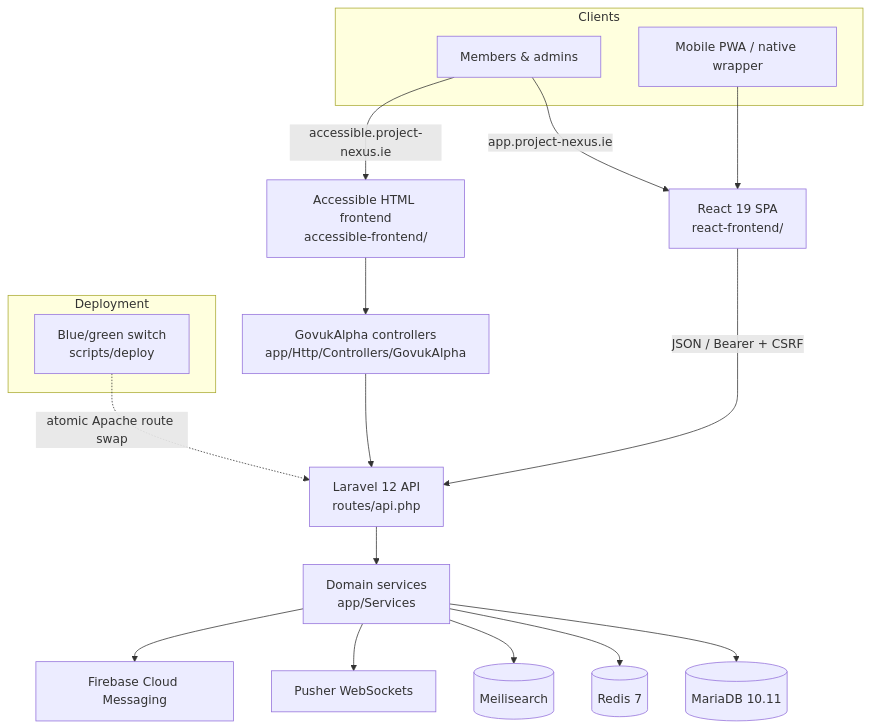
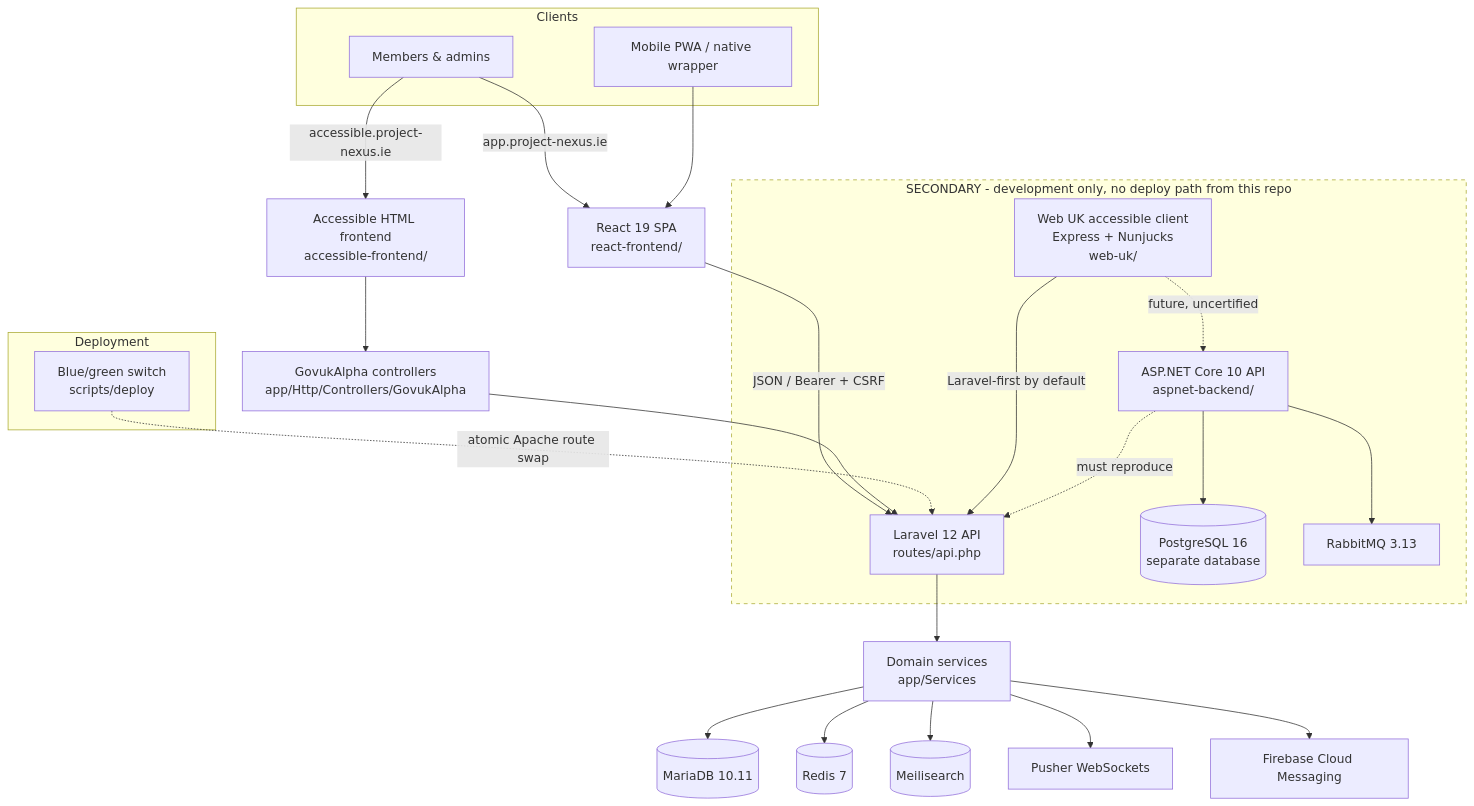
One commit to jasperfordesq-ai/Project-NEXUS changed the diagram in docs/ARCHITECTURE.md. Above: the diagram before and after it, drawn with Mermaid. The commit also changed other lines of this file and 2 other files, not shown here.

First paragraph of the commit message:
docs: describe the full two-backend, three-client stack in root documentation
README described the repository as a single Laravel backend with two
frontends. It is two complete backends and three clients, and the primary
/ secondary split was not stated anywhere a reader would find it.

````diff
--- a/docs/ARCHITECTURE.md
+++ b/docs/ARCHITECTURE.md
@@ -12,26 +14,39 @@
 ```mermaid
 flowchart TD
     subgraph Clients
         U[Members & admins]
         M[Mobile PWA / native wrapper]
     end
     U -->|app.project-nexus.ie| RC[React 19 SPA<br/>react-frontend/]
     U -->|accessible.project-nexus.ie| AC[Accessible HTML frontend<br/>accessible-frontend/]
     M --> RC
 
     RC -->|JSON / Bearer + CSRF| API[Laravel 12 API<br/>routes/api.php]
     AC --> GC[GovukAlpha controllers<br/>app/Http/Controllers/GovukAlpha]
     GC --> API
 
     API --> SVC[Domain services<br/>app/Services]
     SVC --> DB[(MariaDB 10.11)]
     SVC --> RED[(Redis 7)]
     SVC --> MEI[(Meilisearch)]
     SVC --> PUSH[Pusher WebSockets]
     SVC --> FCM[Firebase Cloud Messaging]
 
     subgraph Deployment
         BG[Blue/green switch<br/>scripts/deploy]
     end
     BG -.atomic Apache route swap.-> API
+
+    subgraph SEC ["SECONDARY - development only, no deploy path from this repo"]
+        WU[Web UK accessible client<br/>Express + Nunjucks<br/>web-uk/]
+        ASP[ASP.NET Core 10 API<br/>aspnet-backend/]
+        PG[(PostgreSQL 16<br/>separate database)]
+        MQ[RabbitMQ 3.13]
+        ASP --> PG
+        ASP --> MQ
+        WU -->|Laravel-first by default| API
+        WU -. future, uncertified .-> ASP
+    end
+    ASP -. must reproduce .-> API
+    style SEC stroke-dasharray: 5 5
 ```
````
